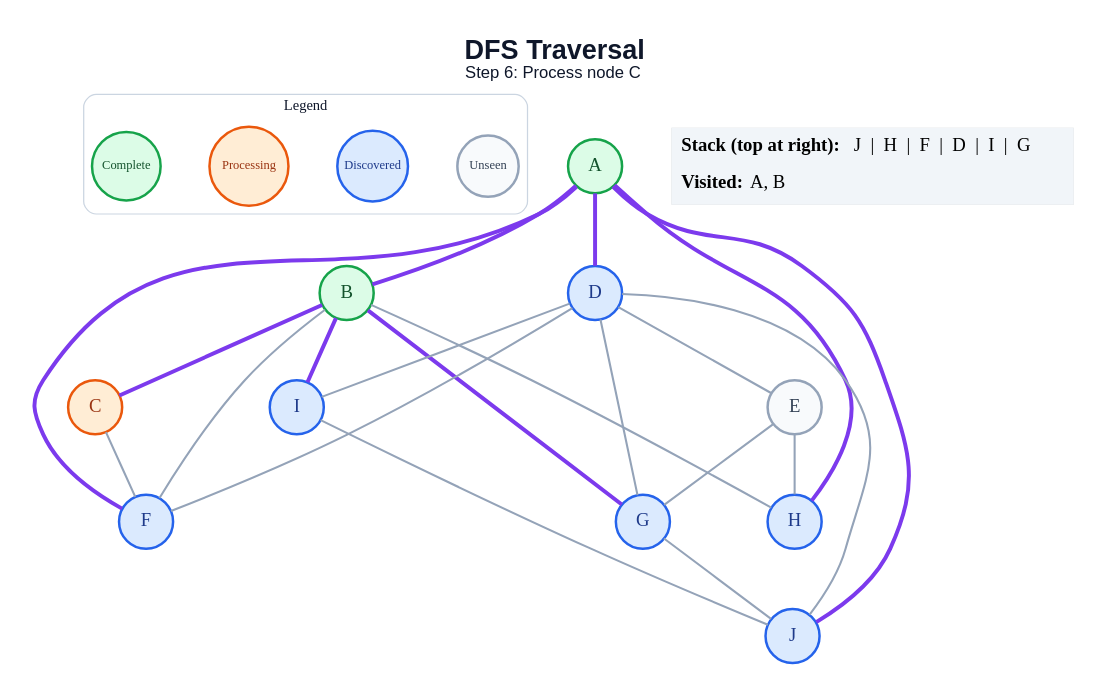
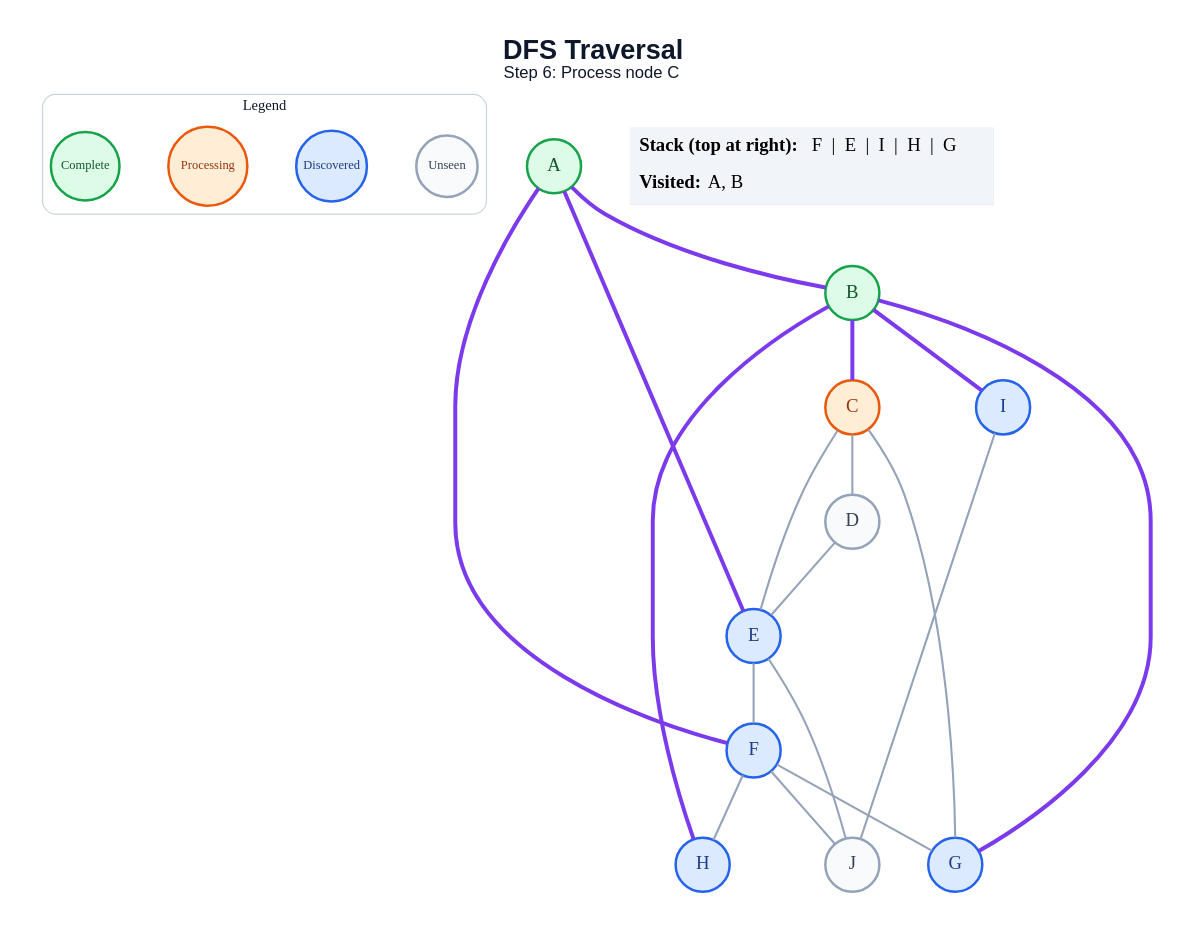
Before and after one commit to amanghodawala9/ai-slop: the diagram in generated/dfs/step_06.dot, drawn with Graphviz. The commit also changed 178 other files, not shown here.

```diff
--- a/generated/dfs/step_06.dot
+++ b/generated/dfs/step_06.dot
@@ -1,49 +1,46 @@
 graph traversal {
   graph [layout=dot, rankdir=TB, bgcolor="#FFFFFF", pad="0.35", nodesep="0.65", ranksep="0.8", fontname="Arial"];
   node [shape=circle, style="filled", fontname="Arial Bold", fontsize=18, width=0.72, fixedsize=true, penwidth=2.4];
   edge [color="#94A3B8", penwidth=2.0];
   label=<<B>DFS Traversal</B><BR/><FONT POINT-SIZE="16">Step 6: Process node C</FONT>>; labelloc="t"; fontsize=26; fontname="Arial"; fontcolor="#0F172A";
   subgraph cluster_legend { label="Legend"; color="#CBD5E1"; penwidth=1.2; style="rounded"; fontsize=14; fontname="Arial Bold";
     key_unseen [label="Unseen", fillcolor="#F8FAFC", color="#94A3B8", fontcolor="#334155", fontsize=12, width=0.82];
     key_frontier [label="Discovered", fillcolor="#DBEAFE", color="#2563EB", fontcolor="#1E3A8A", fontsize=12, width=0.95];
     key_current [label="Processing", fillcolor="#FFEDD5", color="#EA580C", fontcolor="#9A3412", fontsize=12, width=1.05];
     key_done [label="Complete", fillcolor="#DCFCE7", color="#16A34A", fontcolor="#14532D", fontsize=12, width=0.92];
     { rank=same; key_unseen; key_frontier; key_current; key_done; }
   }
   A [fillcolor="#DCFCE7", color="#16A34A", fontcolor="#14532D"];
   B [fillcolor="#DCFCE7", color="#16A34A", fontcolor="#14532D"];
   C [fillcolor="#FFEDD5", color="#EA580C", fontcolor="#9A3412"];
-  D [fillcolor="#DBEAFE", color="#2563EB", fontcolor="#1E3A8A"];
-  E [fillcolor="#F8FAFC", color="#94A3B8", fontcolor="#334155"];
+  D [fillcolor="#F8FAFC", color="#94A3B8", fontcolor="#334155"];
+  E [fillcolor="#DBEAFE", color="#2563EB", fontcolor="#1E3A8A"];
   F [fillcolor="#DBEAFE", color="#2563EB", fontcolor="#1E3A8A"];
   G [fillcolor="#DBEAFE", color="#2563EB", fontcolor="#1E3A8A"];
   H [fillcolor="#DBEAFE", color="#2563EB", fontcolor="#1E3A8A"];
   I [fillcolor="#DBEAFE", color="#2563EB", fontcolor="#1E3A8A"];
-  J [fillcolor="#DBEAFE", color="#2563EB", fontcolor="#1E3A8A"];
+  J [fillcolor="#F8FAFC", color="#94A3B8", fontcolor="#334155"];
   A -- B [color="#7C3AED", penwidth=3.8];
-  A -- D [color="#7C3AED", penwidth=3.8];
+  A -- E [color="#7C3AED", penwidth=3.8];
   A -- F [color="#7C3AED", penwidth=3.8];
-  A -- H [color="#7C3AED", penwidth=3.8];
-  A -- J [color="#7C3AED", penwidth=3.8];
   B -- C [color="#7C3AED", penwidth=3.8];
-  B -- F;
   B -- G [color="#7C3AED", penwidth=3.8];
-  B -- H;
+  B -- H [color="#7C3AED", penwidth=3.8];
   B -- I [color="#7C3AED", penwidth=3.8];
-  C -- F;
+  C -- D;
+  C -- E;
+  C -- G;
   D -- E;
-  D -- F;
-  D -- G;
-  D -- I;
-  D -- J;
-  E -- G;
-  E -- H;
-  G -- J;
+  E -- F;
+  E -- J;
+  F -- G;
+  F -- H;
+  F -- J;
   I -- J;
   status [shape=plain, fixedsize=false, width=0, height=0, margin=0, label=<
     <TABLE BORDER="0" CELLBORDER="0" CELLPADDING="7" BGCOLOR="#F1F5F9">
-      <TR><TD ALIGN="LEFT"><B>Stack (top at right):</B> J  |  H  |  F  |  D  |  I  |  G</TD></TR>
+      <TR><TD ALIGN="LEFT"><B>Stack (top at right):</B> F  |  E  |  I  |  H  |  G</TD></TR>
       <TR><TD ALIGN="LEFT"><B>Visited:</B> A, B</TD></TR>
     </TABLE>
   >];
 }
```
